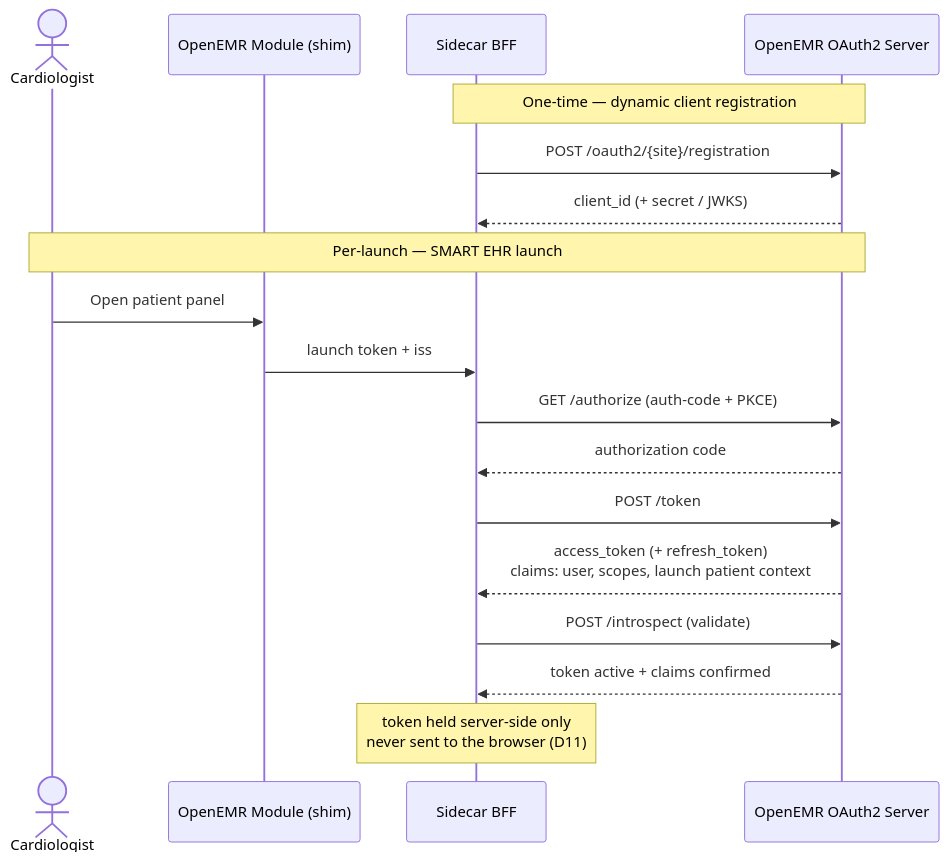
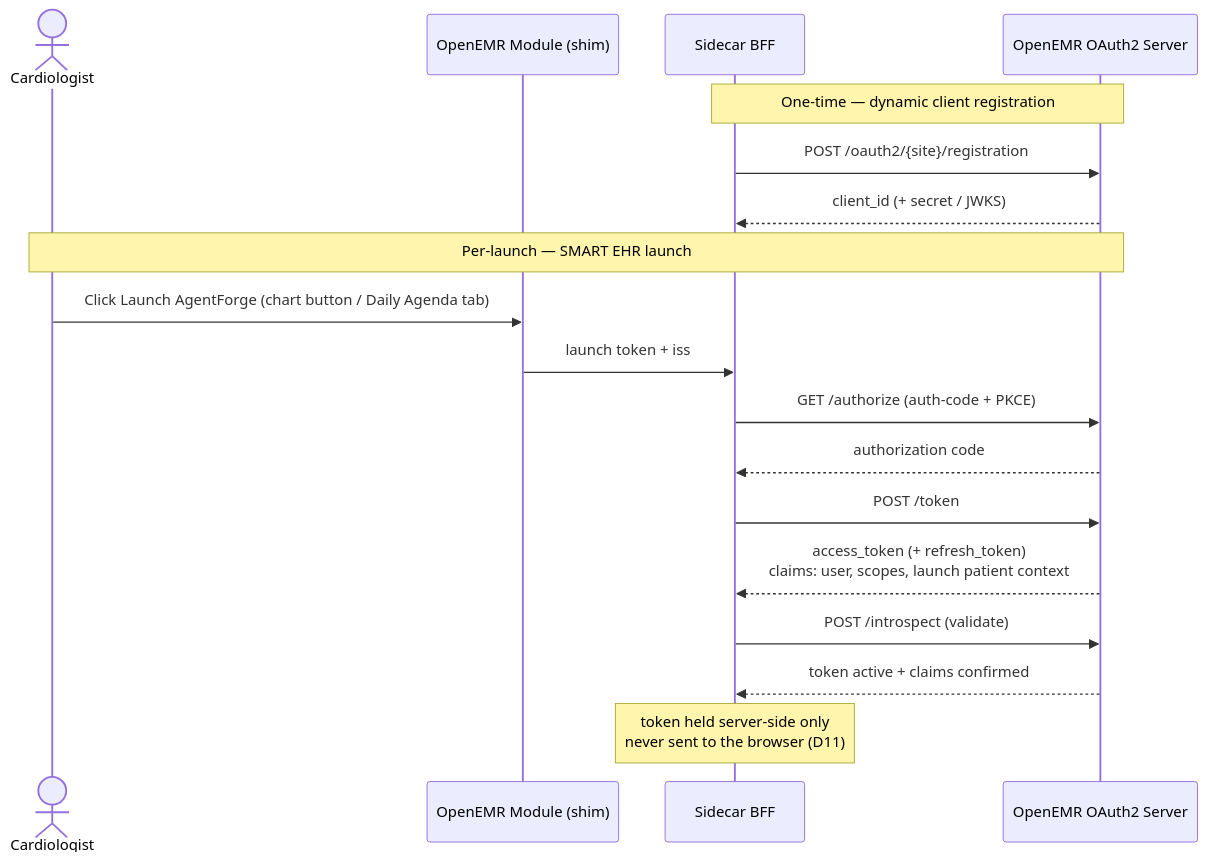
One commit to adammarquette/agent-forge-copilot changed the diagram in documentation/INTERFACE_CONTROL.md. Above: the diagram before and after it, drawn with Mermaid. The commit also changed other lines of this file and 3 other files, not shown here.

First line of the commit message:
docs: reconcile launch-flow docs with shipped oe-module-agentforge

````diff
--- a/documentation/INTERFACE_CONTROL.md
+++ b/documentation/INTERFACE_CONTROL.md
@@ -67,22 +70,22 @@
 ```mermaid
 sequenceDiagram
     actor MD as Cardiologist
     participant Mod as OpenEMR Module (shim)
     participant BFF as Sidecar BFF
     participant Auth as OpenEMR OAuth2 Server
 
     Note over BFF,Auth: One-time — dynamic client registration
     BFF->>Auth: POST /oauth2/{site}/registration
     Auth-->>BFF: client_id (+ secret / JWKS)
 
     Note over MD,Auth: Per-launch — SMART EHR launch
-    MD->>Mod: Open patient panel
+    MD->>Mod: Click Launch AgentForge (chart button / Daily Agenda tab)
     Mod->>BFF: launch token + iss
     BFF->>Auth: GET /authorize (auth-code + PKCE)
     Auth-->>BFF: authorization code
     BFF->>Auth: POST /token
     Auth-->>BFF: access_token (+ refresh_token)<br/>claims: user, scopes, launch patient context
     BFF->>Auth: POST /introspect (validate)
     Auth-->>BFF: token active + claims confirmed
     Note over BFF: token held server-side only<br/>never sent to the browser (D11)
 ```
````
